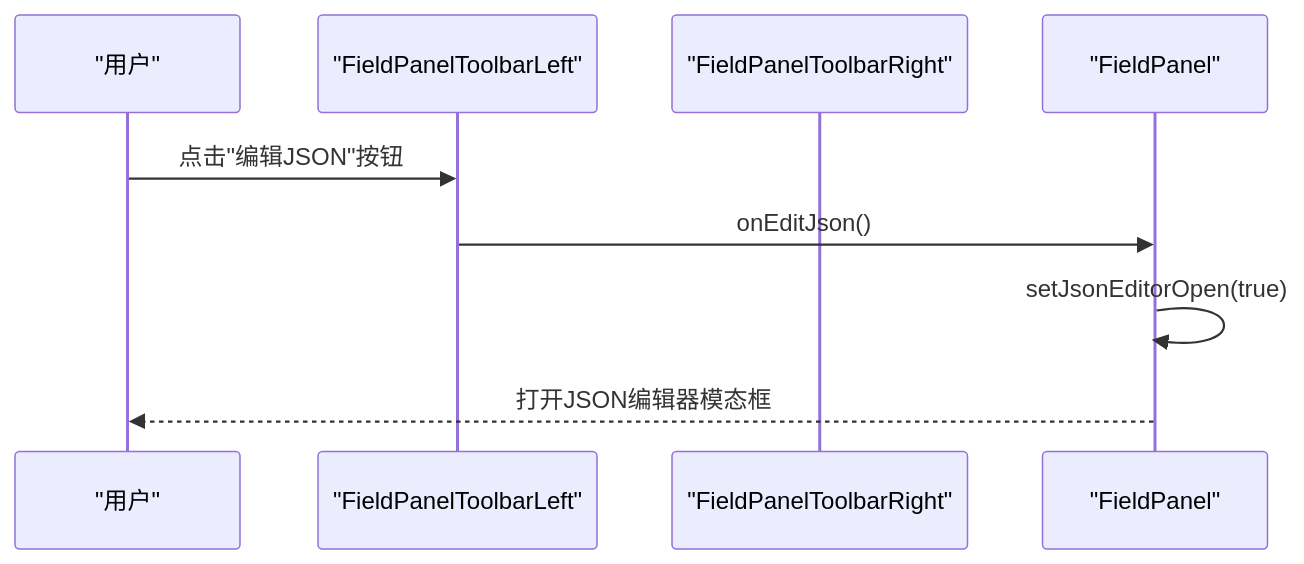
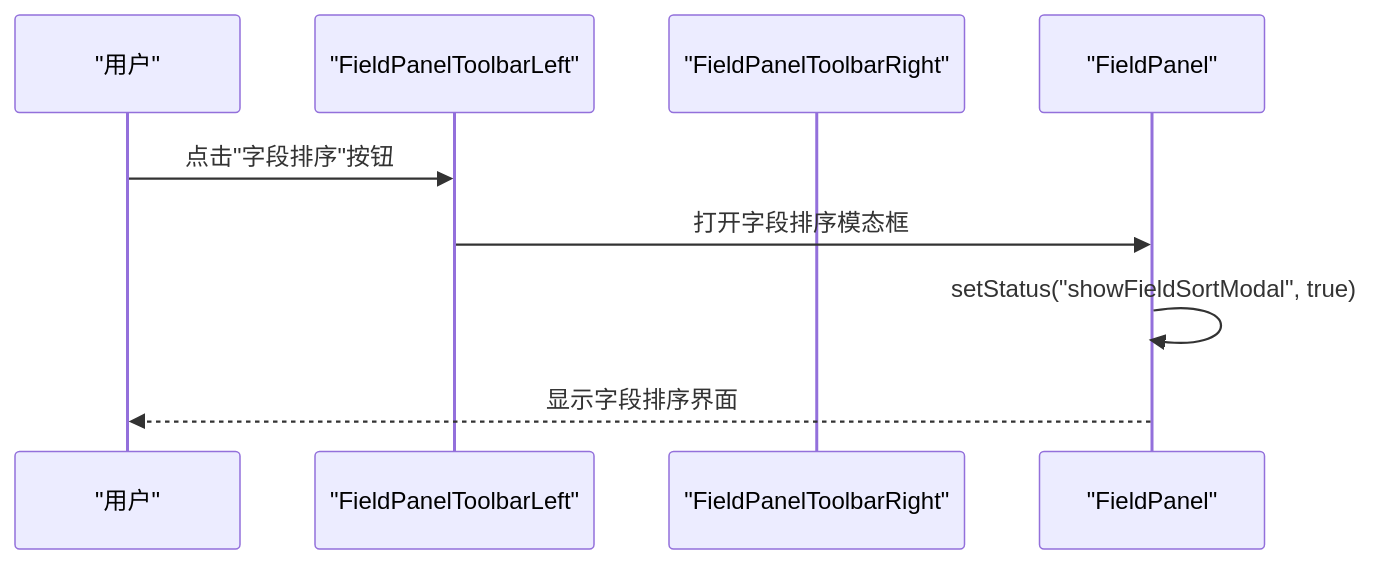
One commit to kqcoxn/MaaPipelineEditor changed the sixth of 10 diagrams in .qoder/repowiki/zh/content/用户界面/面板系统/字段面板.md. Above: the diagram before and after it, drawn with Mermaid. The commit also changed other lines of this file and 22 other files, not shown here.

````diff
--- a/.qoder/repowiki/zh/content/用户界面/面板系统/字段面板.md
+++ b/.qoder/repowiki/zh/content/用户界面/面板系统/字段面板.md
@@ -212,11 +358,11 @@
 ```mermaid
 sequenceDiagram
 participant U as "用户"
 participant L as "FieldPanelToolbarLeft"
 participant R as "FieldPanelToolbarRight"
 participant FP as "FieldPanel"
-U->>L : 点击"编辑JSON"按钮
-L->>FP : onEditJson()
-FP->>FP : setJsonEditorOpen(true)
-FP-->>U : 打开JSON编辑器模态框
+U->>L : 点击"字段排序"按钮
+L->>FP : 打开字段排序模态框
+FP->>FP : setStatus("showFieldSortModal", true)
+FP-->>U : 显示字段排序界面
 ```
````
